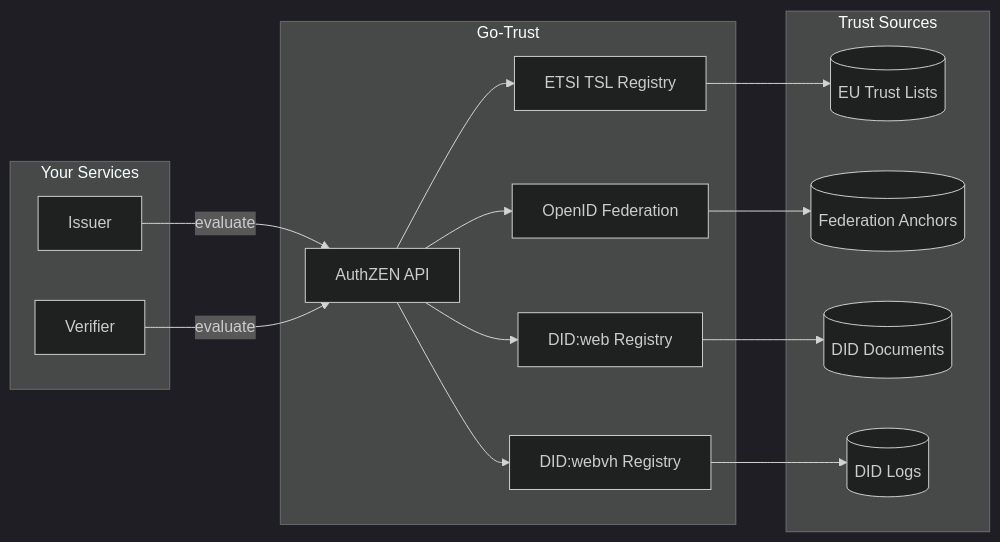
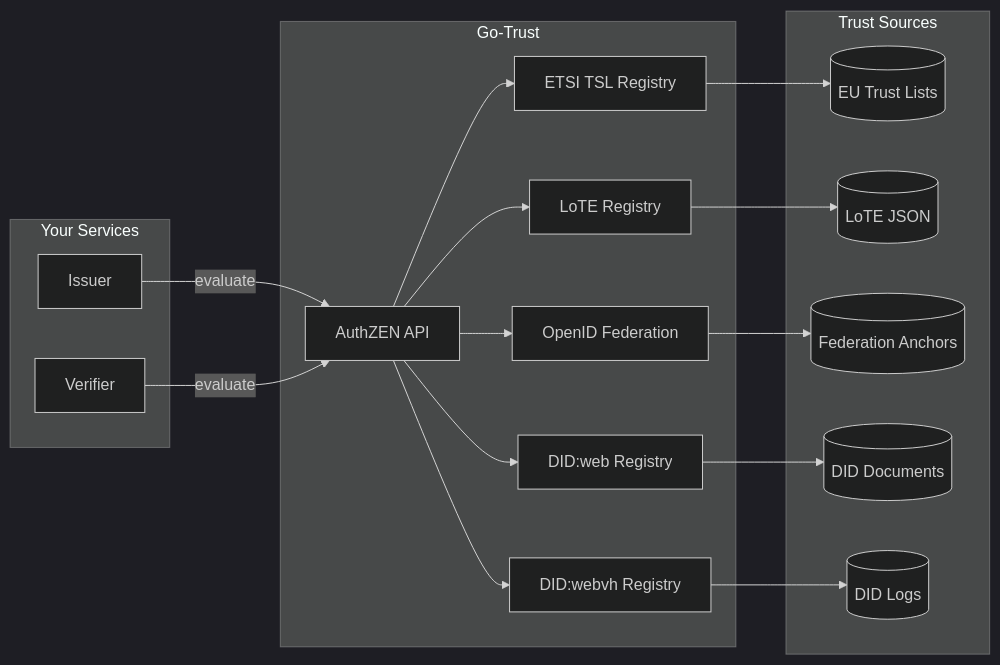
One commit to sirosfoundation/docs changed the first of 3 diagrams in docs/sirosid/trust/go-trust.md. Above: the diagram before and after it, drawn with Mermaid (dark theme). The commit also changed other lines of this file and 3 other files, not shown here.

````diff
--- a/docs/sirosid/trust/go-trust.md
+++ b/docs/sirosid/trust/go-trust.md
@@ -20,33 +21,37 @@
 ```mermaid
 flowchart LR
     subgraph Your Services
         Issuer[Issuer]
         Verifier[Verifier]
     end
     
     subgraph Go-Trust
         API[AuthZEN API]
         ETSI[ETSI TSL Registry]
+        LOTE[LoTE Registry]
         OIDF[OpenID Federation]
         DIDWeb[DID:web Registry]
         DIDWebVH[DID:webvh Registry]
     end
     
     subgraph Trust Sources
         TSL[(EU Trust Lists)]
+        LJSON[(LoTE JSON)]
         Fed[(Federation Anchors)]
         DID[(DID Documents)]
         DIDVH[(DID Logs)]
     end
     
     Issuer -->|evaluate| API
     Verifier -->|evaluate| API
     API --> ETSI
+    API --> LOTE
     API --> OIDF
     API --> DIDWeb
     API --> DIDWebVH
     ETSI --> TSL
+    LOTE --> LJSON
     OIDF --> Fed
     DIDWeb --> DID
     DIDWebVH --> DIDVH
 ```
````
